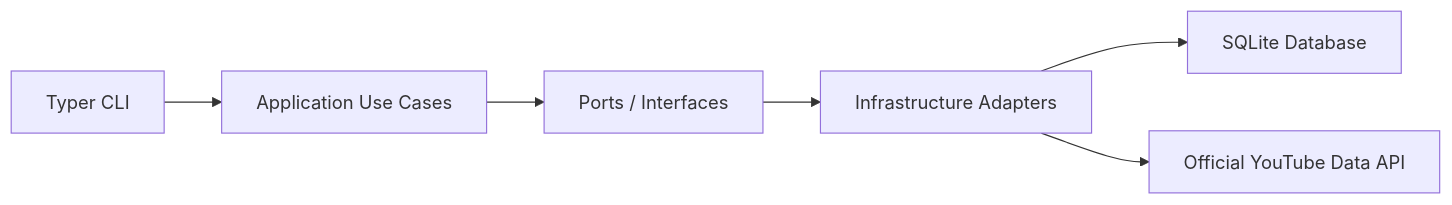
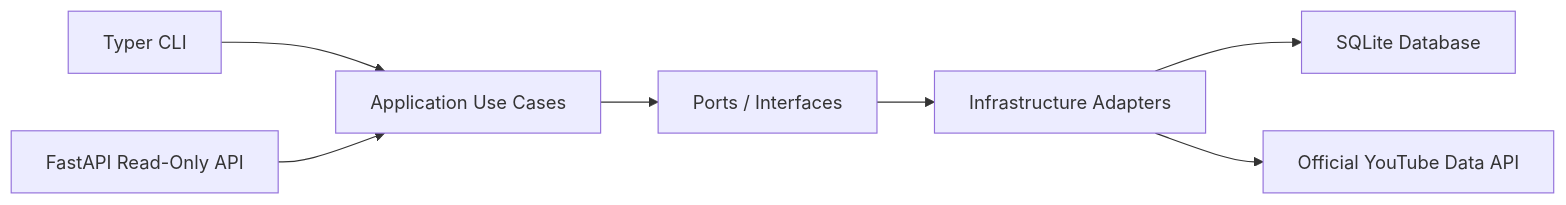
Before and after one commit to Inam-kakar/Fencing-Video-Research-Agent: the first of 2 diagrams in README.md, drawn with Mermaid. The commit also changed other lines of this file and 25 other files, not shown here.

Commit message:
Add read-only FastAPI API

````diff
--- a/README.md
+++ b/README.md
@@ -87,8 +90,9 @@
 ```mermaid
 flowchart LR
     CLI["Typer CLI"] --> App["Application Use Cases"]
+    API["FastAPI Read-Only API"] --> App
     App --> Ports["Ports / Interfaces"]
     Ports --> Infra["Infrastructure Adapters"]
     Infra --> DB["SQLite Database"]
     Infra --> YT["Official YouTube Data API"]
 ```
````
